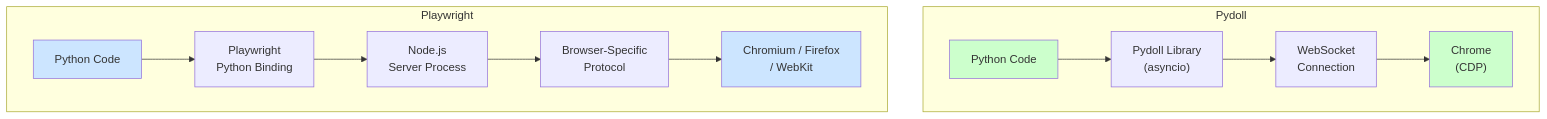
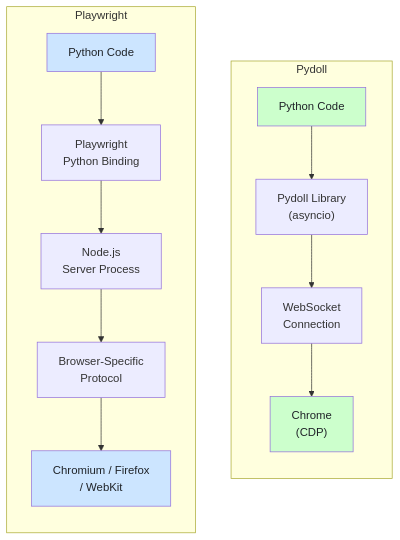
Before and after one commit to bytetunnels/bytetunnels.github.com: the first of 3 diagrams in _posts/2026-02-15-pydoll-vs-playwright-lightweight-python-browser-control.md, drawn with Mermaid. The commit also changed other lines of this file and 118 other files, not shown here.

Commit message:
feat: improve diagram styling and compact wide flowcharts

````diff
--- a/_posts/2026-02-15-pydoll-vs-playwright-lightweight-python-browser-control.md
+++ b/_posts/2026-02-15-pydoll-vs-playwright-lightweight-python-browser-control.md
@@ -56,20 +56,22 @@
 ```mermaid
 graph TD
     subgraph Pydoll
-        A["Python Code"] --> B["Pydoll Library<br>(asyncio)"]
-        B --> C["WebSocket<br>Connection"]
-        C --> D["Chrome<br>(CDP)"]
+        direction TB
+        A["Python Code"] --> B["Pydoll Library<br/>(asyncio)"]
+        B --> C["WebSocket<br/>Connection"]
+        C --> D["Chrome<br/>(CDP)"]
     end
 
     subgraph Playwright
-        E["Python Code"] --> F["Playwright<br>Python Binding"]
-        F --> G["Node.js<br>Server Process"]
-        G --> H["Browser-Specific<br>Protocol"]
-        H --> I["Chromium / Firefox<br>/ WebKit"]
+        direction TB
+        E["Python Code"] --> F["Playwright<br/>Python Binding"]
+        F --> G["Node.js<br/>Server Process"]
+        G --> H["Browser-Specific<br/>Protocol"]
+        H --> I["Chromium / Firefox<br/>/ WebKit"]
     end
 
-    style A fill:#ccffcc
-    style D fill:#ccffcc
-    style E fill:#cce5ff
-    style I fill:#cce5ff
+    style A fill:#ccffcc,color:#1f2328
+    style D fill:#ccffcc,color:#1f2328
+    style E fill:#cce5ff,color:#1f2328
+    style I fill:#cce5ff,color:#1f2328
 ```
````
